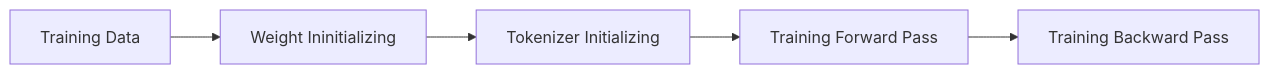
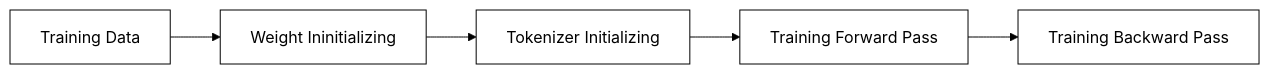
The first of 2 diagrams in README.md (ChrisZhu2050/chriszhu2050.github.io), drawn with Mermaid before and after one commit.

````diff
--- a/README.md
+++ b/README.md
@@ -14,5 +14,5 @@
 ```mermaid
-%%{init: {'theme':'base', 'themeVariables': {primaryColor: "#ffffff",primaryTextColor: "#000000",primaryBorderColor: "#000000",lineColor: "#000000",secondaryColor:"#ffffff",tertiaryColor: "#ffffff"} }}%%
+%%{init: {'theme':'base', 'themeVariables': {'primaryColor': '#ffffff','primaryTextColor': '#000000','primaryBorderColor': '#000000','lineColor': '#000000','secondaryColor':'#ffffff','tertiaryColor': '#ffffff'} }}%%
 graph LR
     A[Training Data] --> B[Weight Ininitializing] --> C[Tokenizer Initializing] --> D[Training Forward Pass] --> E[Training Backward Pass]
 ```
````
